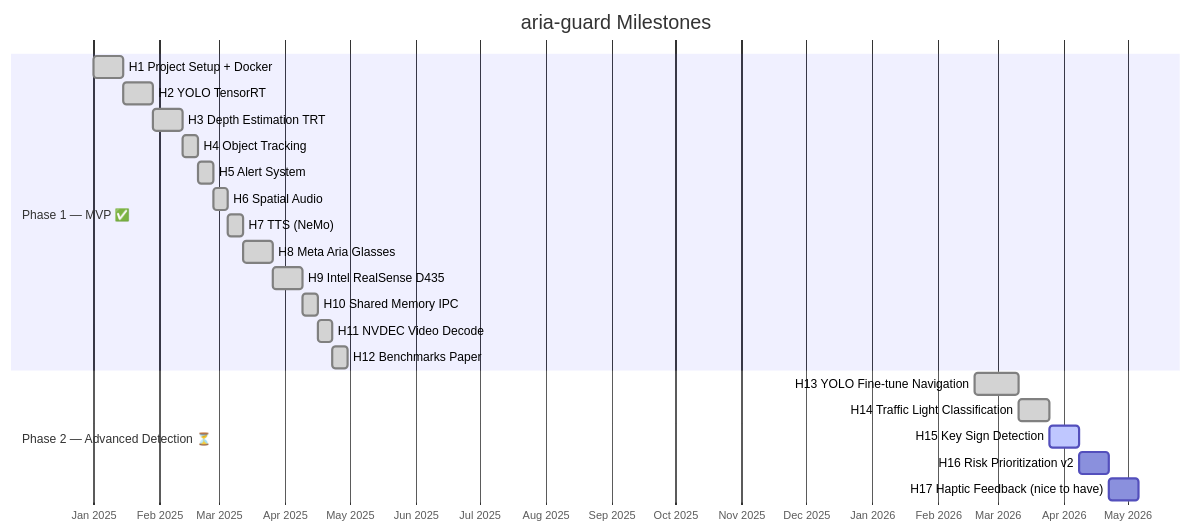
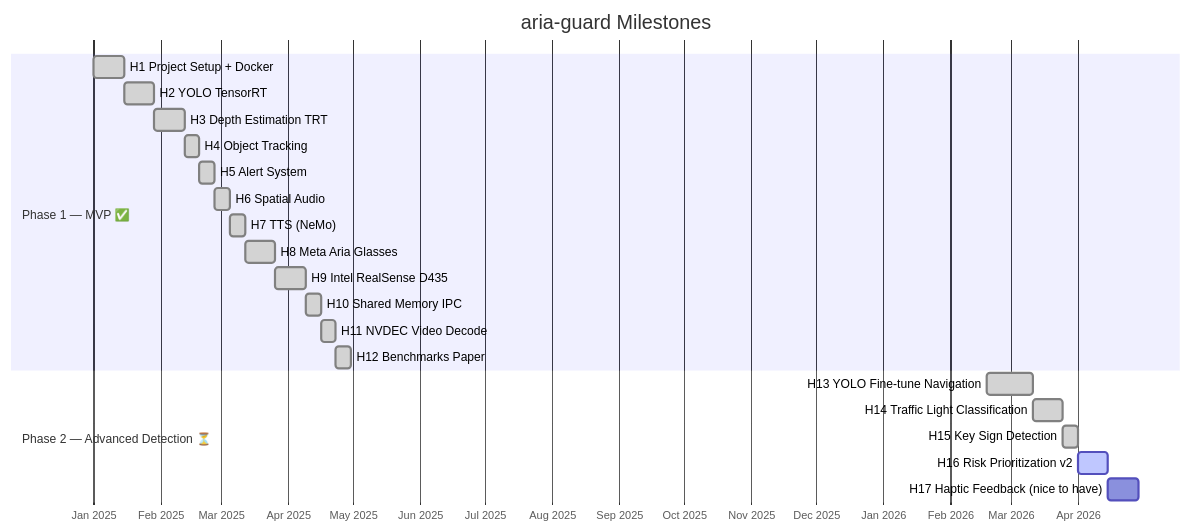
Diagram 12 of 12 in README.md (robertteleng/aria-guard), drawn with Mermaid before and after one commit. The commit also changed other lines of this file and 7 other files, not shown here.

````diff
--- a/README.md
+++ b/README.md
@@ -833,27 +833,27 @@
 ```mermaid
 gantt
     title aria-guard Milestones
     dateFormat YYYY-MM-DD
     axisFormat %b %Y
 
     section Phase 1 — MVP ✅
     H1  Project Setup + Docker        :done, h1, 2025-01-01, 14d
     H2  YOLO TensorRT                 :done, h2, after h1, 14d
     H3  Depth Estimation TRT          :done, h3, after h2, 14d
     H4  Object Tracking               :done, h4, after h3, 7d
     H5  Alert System                  :done, h5, after h4, 7d
     H6  Spatial Audio                 :done, h6, after h5, 7d
     H7  TTS (NeMo)                    :done, h7, after h6, 7d
     H8  Meta Aria Glasses             :done, h8, after h7, 14d
     H9  Intel RealSense D435          :done, h9, after h8, 14d
     H10 Shared Memory IPC             :done, h10, after h9, 7d
     H11 NVDEC Video Decode            :done, h11, after h10, 7d
     H12 Benchmarks Paper              :done, h12, after h11, 7d
 
     section Phase 2 — Advanced Detection ⏳
     H13 YOLO Fine-tune Navigation     :done, h13, 2026-02-18, 21d
     H14 Traffic Light Classification  :done, h14, after h13, 14d
-    H15 Key Sign Detection            :active, h15, after h14, 14d
-    H16 Risk Prioritization v2        :h16, after h15, 14d
+    H15 Key Sign Detection            :done, h15, after h14, 7d
+    H16 Risk Prioritization v2        :active, h16, after h15, 14d
     H17 Haptic Feedback (nice to have) :h17, after h16, 14d
 ```
````
